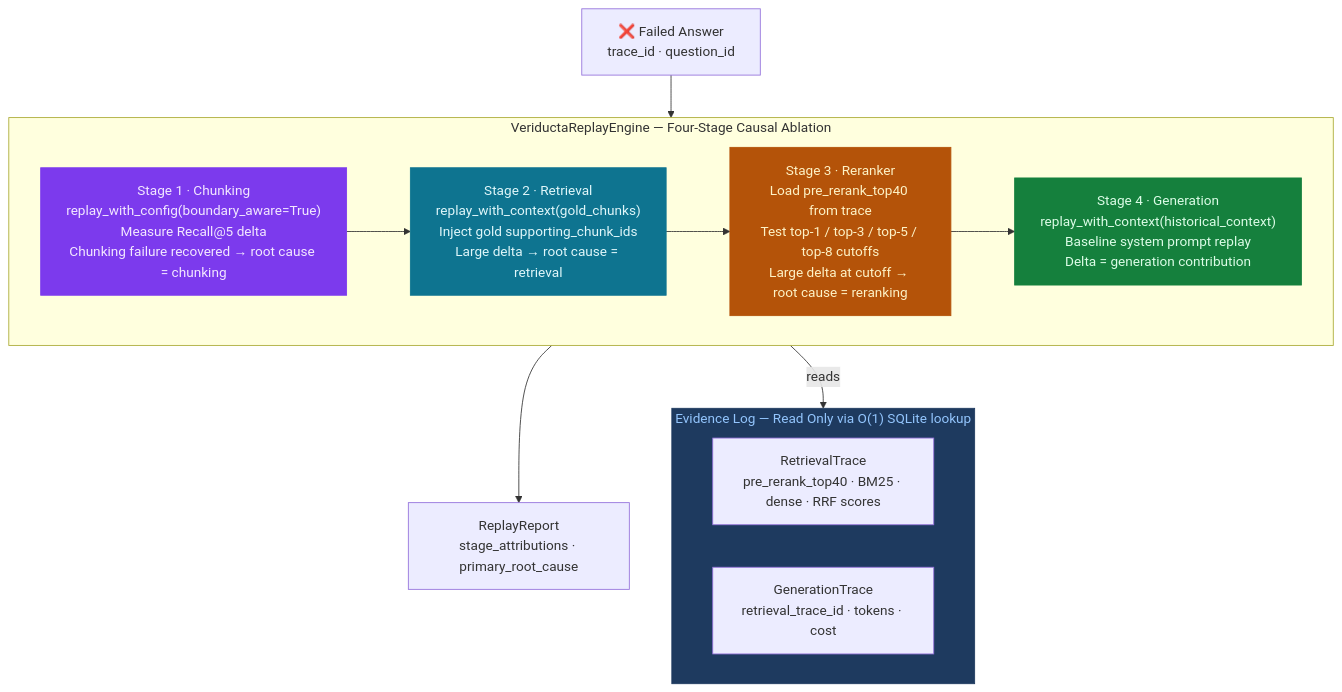
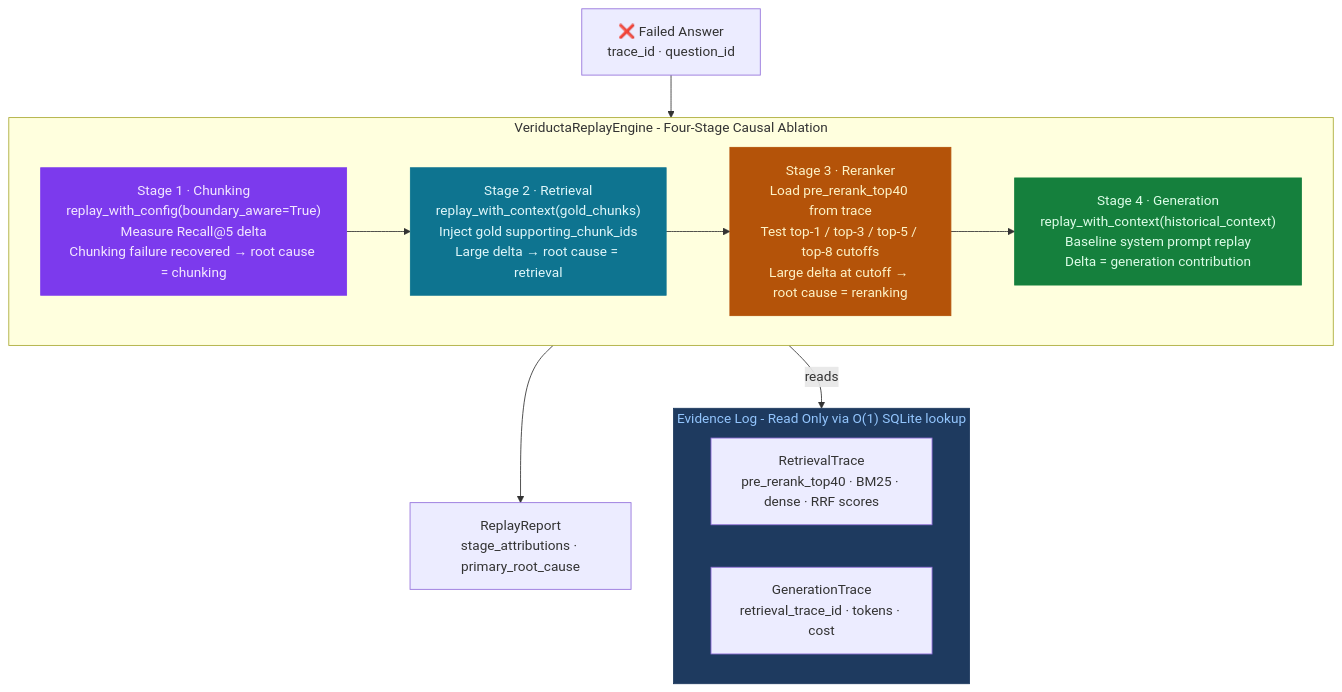
One commit to hardik2004gupta/Veriducta changed the fourth of 5 diagrams in README.md. Above: the diagram before and after it, drawn with Mermaid. The commit also changed other lines of this file and 145 other files, not shown here.

````diff
--- a/README.md
+++ b/README.md
@@ -364,31 +364,31 @@
 ```mermaid
 flowchart TD
     FAIL["❌ Failed Answer\ntrace_id · question_id"] --> AE
 
-    subgraph AE["VeriductaReplayEngine — Four-Stage Causal Ablation"]
+    subgraph AE["VeriductaReplayEngine - Four-Stage Causal Ablation"]
         S1["Stage 1 · Chunking\nreplay_with_config(boundary_aware=True)\nMeasure Recall@5 delta\nChunking failure recovered → root cause = chunking"]
 
         S2["Stage 2 · Retrieval\nreplay_with_context(gold_chunks)\nInject gold supporting_chunk_ids\nLarge delta → root cause = retrieval"]
 
         S3["Stage 3 · Reranker\nLoad pre_rerank_top40 from trace\nTest top-1 / top-3 / top-5 / top-8 cutoffs\nLarge delta at cutoff → root cause = reranking"]
 
         S4["Stage 4 · Generation\nreplay_with_context(historical_context)\nBaseline system prompt replay\nDelta = generation contribution"]
 
         S1 --> S2 --> S3 --> S4
     end
 
     AE --> RR["ReplayReport\nstage_attributions · primary_root_cause"]
 
-    subgraph EL["Evidence Log — Read Only via O(1) SQLite lookup"]
+    subgraph EL["Evidence Log - Read Only via O(1) SQLite lookup"]
         TL["RetrievalTrace\npre_rerank_top40 · BM25 · dense · RRF scores"]
         GL["GenerationTrace\nretrieval_trace_id · tokens · cost"]
     end
 
     AE -->|reads| EL
 
     style S1 fill:#7c3aed,color:#f3e8ff,stroke:#7c3aed
     style S2 fill:#0e7490,color:#e0f7fa,stroke:#0e7490
     style S3 fill:#b45309,color:#fef3c7,stroke:#b45309
     style S4 fill:#15803d,color:#dcfce7,stroke:#15803d
     style EL fill:#1e3a5f,color:#93c5fd,stroke:#1e3a5f
 ```
````
